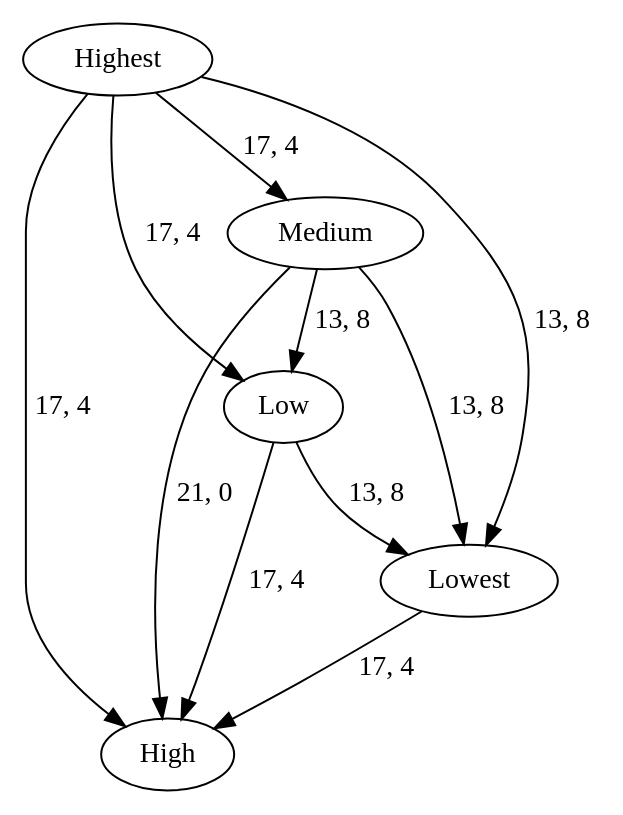
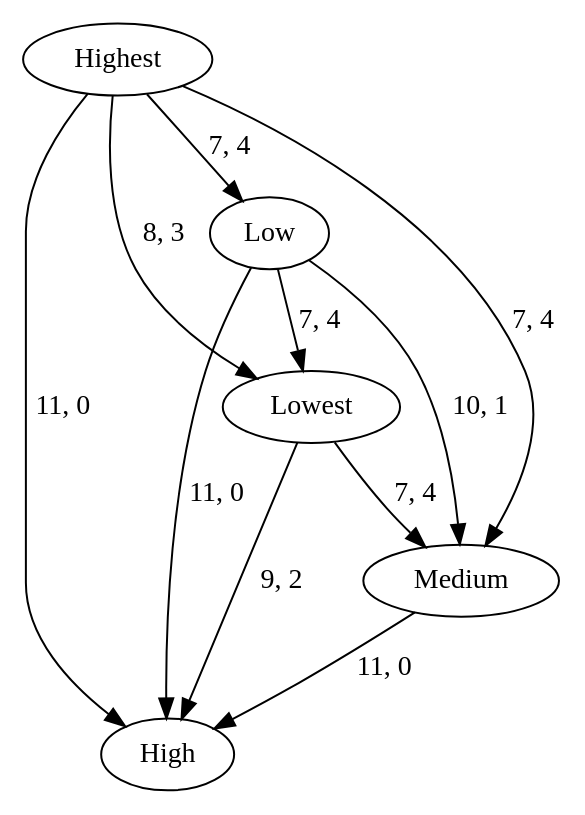
The diagram in Program3/graphImages/oneHigher.gv (efair4/CS5110), drawn with Graphviz before and after one commit. The commit also changed 10 other files, not shown here.

```diff
--- a/Program3/graphImages/oneHigher.gv
+++ b/Program3/graphImages/oneHigher.gv
@@ -1,17 +1,17 @@
 digraph {
 	Highest
 	High
 	Medium
 	Low
 	Lowest
-	Highest -> High [label="17, 4" weight=17]
-	Highest -> Medium [label="17, 4" weight=17]
-	Highest -> Low [label="17, 4" weight=17]
-	Highest -> Lowest [label="13, 8" weight=13]
-	Medium -> High [label="21, 0" weight=21]
-	Low -> High [label="17, 4" weight=17]
-	Lowest -> High [label="17, 4" weight=17]
-	Medium -> Low [label="13, 8" weight=13]
-	Medium -> Lowest [label="13, 8" weight=13]
-	Low -> Lowest [label="13, 8" weight=13]
+	Highest -> High [label="11, 0" weight=11]
+	Highest -> Medium [label="7, 4" weight=7]
+	Highest -> Low [label="7, 4" weight=7]
+	Highest -> Lowest [label="8, 3" weight=8]
+	Medium -> High [label="11, 0" weight=11]
+	Low -> High [label="11, 0" weight=11]
+	Lowest -> High [label="9, 2" weight=9]
+	Low -> Medium [label="10, 1" weight=10]
+	Lowest -> Medium [label="7, 4" weight=7]
+	Low -> Lowest [label="7, 4" weight=7]
 }
```
